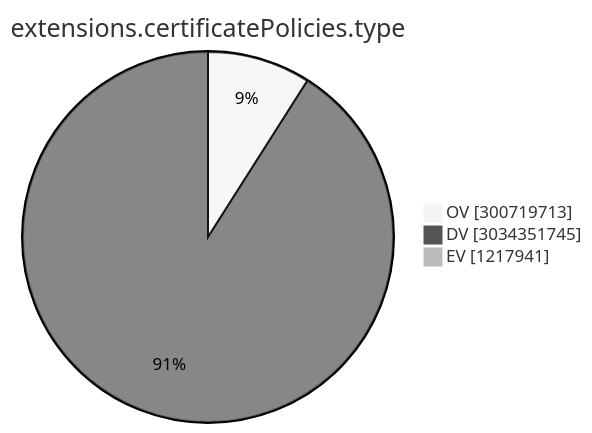
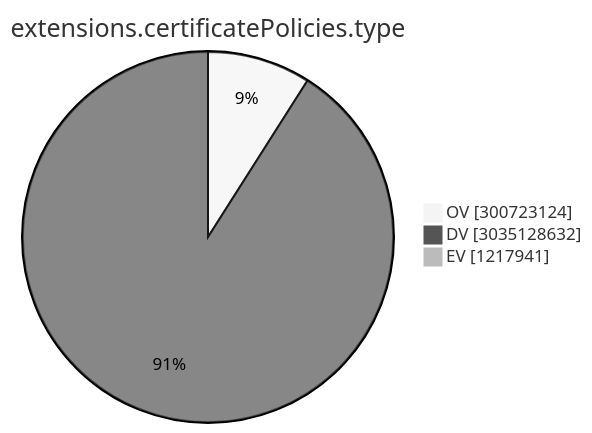
One commit to christiankrug/ctmonitor_visualization changed the ninth of 15 diagrams in TOTAL/README.md. Above: the diagram before and after it, drawn with Mermaid (neutral theme). The commit also changed other lines of this file, not shown here.

````diff
--- a/TOTAL/README.md
+++ b/TOTAL/README.md
@@ -3102,7 +3102,7 @@
 ```mermaid
 pie showData
 title extensions.certificatePolicies.type
-"OV" :300719713
-"DV" :3034351745
+"OV" :300723124
+"DV" :3035128632
 "EV" :1217941
 ```
````
